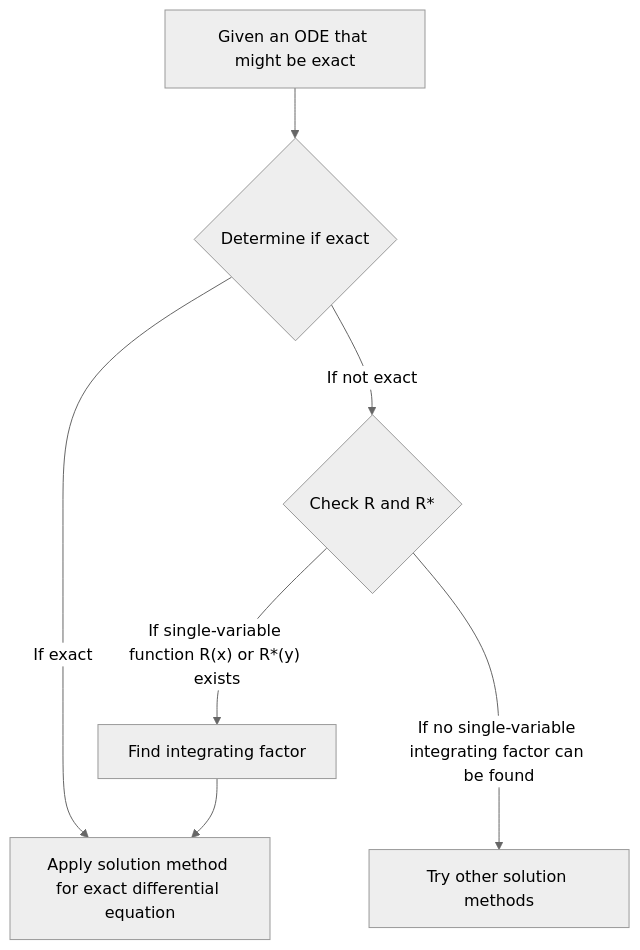
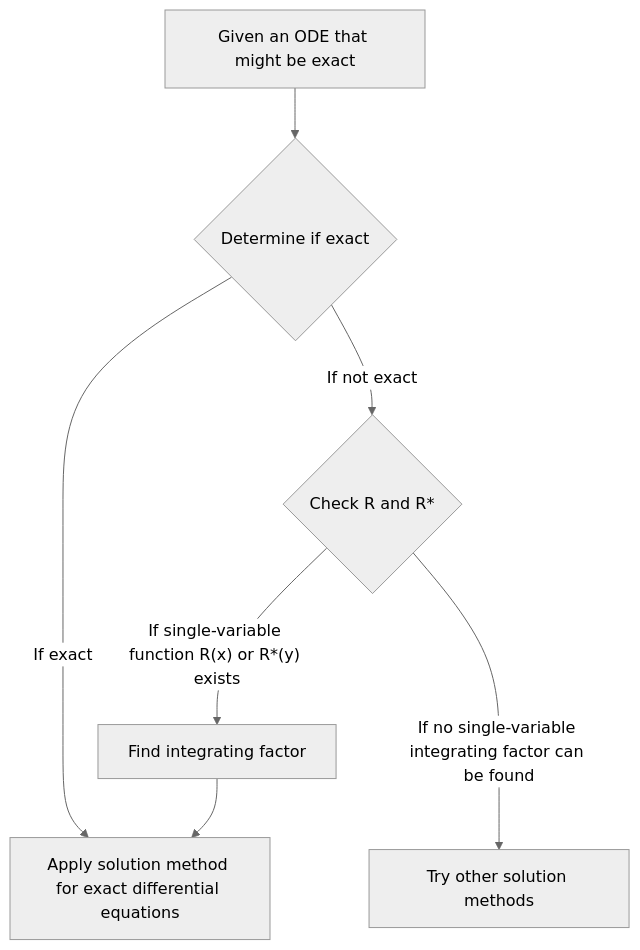
One commit to yunseo-kim/yunseo-kim.github.io changed the diagram in _posts/en/2022-03-09-Exact-Differential-Equation-and-Integrating-Factor.md. Above: the diagram before and after it, drawn with Mermaid (neutral theme). The commit also changed other lines of this file and 116 other files, not shown here.

````diff
--- a/_posts/en/2022-03-09-Exact-Differential-Equation-and-Integrating-Factor.md
+++ b/_posts/en/2022-03-09-Exact-Differential-Equation-and-Integrating-Factor.md
@@ -12,20 +12,20 @@
 ```mermaid
 flowchart TD
 	ODE[Given an ODE that might be exact]
 	IsExact{Determine if exact}
 
 	ODE --> IsExact
 
-	Solve[Apply solution method for exact differential equation]
+	Solve[Apply solution method for exact differential equations]
 	CheckR{Check R and R*}
 
 	IsExact -->|If exact| Solve
 	IsExact -->|If not exact| CheckR
 
 	DetermineFactor[Find integrating factor]
 	fail[Try other solution methods]
 
 	CheckR -->|"If single-variable function R(x) or R*(y) exists"| DetermineFactor
 	CheckR --->|If no single-variable integrating factor can be found| fail
 	DetermineFactor --> Solve
 ```
````
